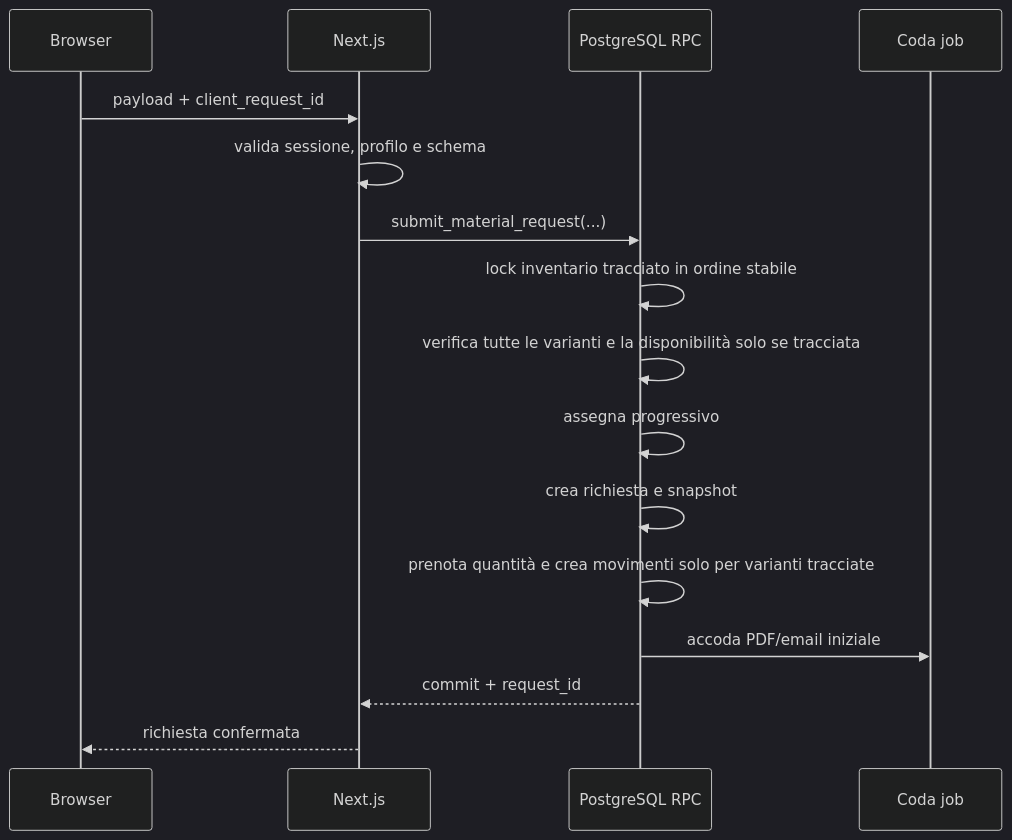
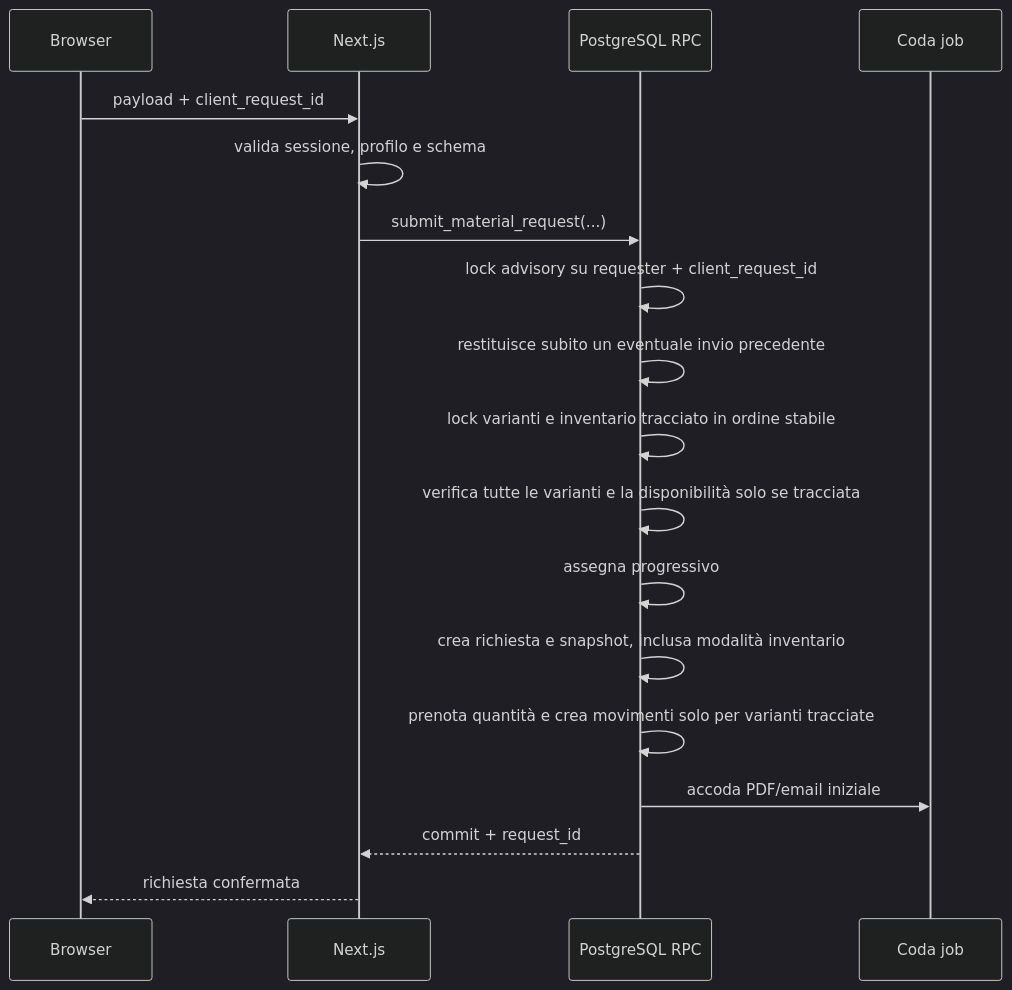
One commit to GianlucaOcchiuzziKiwui/fabtek-warehouse-app-test changed the second of 2 diagrams in ARCHITECTURE.md. Above: the diagram before and after it, drawn with Mermaid (dark theme). The commit also changed other lines of this file and 17 other files, not shown here.

````diff
--- a/ARCHITECTURE.md
+++ b/ARCHITECTURE.md
@@ -318,19 +318,21 @@
 ```mermaid
 sequenceDiagram
     participant B as Browser
     participant N as Next.js
     participant P as PostgreSQL RPC
     participant J as Coda job
 
     B->>N: payload + client_request_id
     N->>N: valida sessione, profilo e schema
     N->>P: submit_material_request(...)
-    P->>P: lock inventario tracciato in ordine stabile
+    P->>P: lock advisory su requester + client_request_id
+    P->>P: restituisce subito un eventuale invio precedente
+    P->>P: lock varianti e inventario tracciato in ordine stabile
     P->>P: verifica tutte le varianti e la disponibilità solo se tracciata
     P->>P: assegna progressivo
-    P->>P: crea richiesta e snapshot
+    P->>P: crea richiesta e snapshot, inclusa modalità inventario
     P->>P: prenota quantità e crea movimenti solo per varianti tracciate
     P->>J: accoda PDF/email iniziale
     P-->>N: commit + request_id
     N-->>B: richiesta confermata
 ```
````
